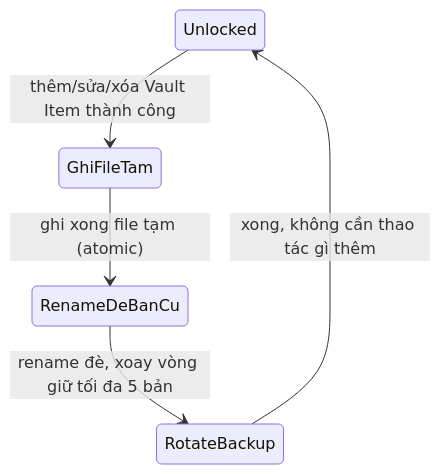
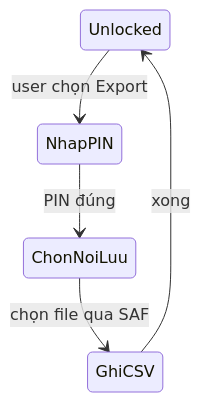
The third of 3 diagrams in docs/flow.md (danhbuidcn/password-vault-android), drawn with Mermaid before and after one commit. The commit also changed other lines of this file and 40 other files, not shown here.

First line of the commit message:
feat: PIN-only unlock with biometric, CSV-only export/import

````diff
--- a/docs/flow.md
+++ b/docs/flow.md
@@ -82,7 +78,7 @@
 ```mermaid
 stateDiagram-v2
-    Unlocked --> GhiFileTam: thêm/sửa/xóa Vault Item thành công
-    GhiFileTam --> RenameDeBanCu: ghi xong file tạm (atomic)
-    RenameDeBanCu --> RotateBackup: rename đè, xoay vòng giữ tối đa 5 bản
-    RotateBackup --> Unlocked: xong, không cần thao tác gì thêm
+    Unlocked --> NhapPIN: user chọn Export
+    NhapPIN --> ChonNoiLuu: PIN đúng
+    ChonNoiLuu --> GhiCSV: chọn file qua SAF
+    GhiCSV --> Unlocked: xong
 ```
````
